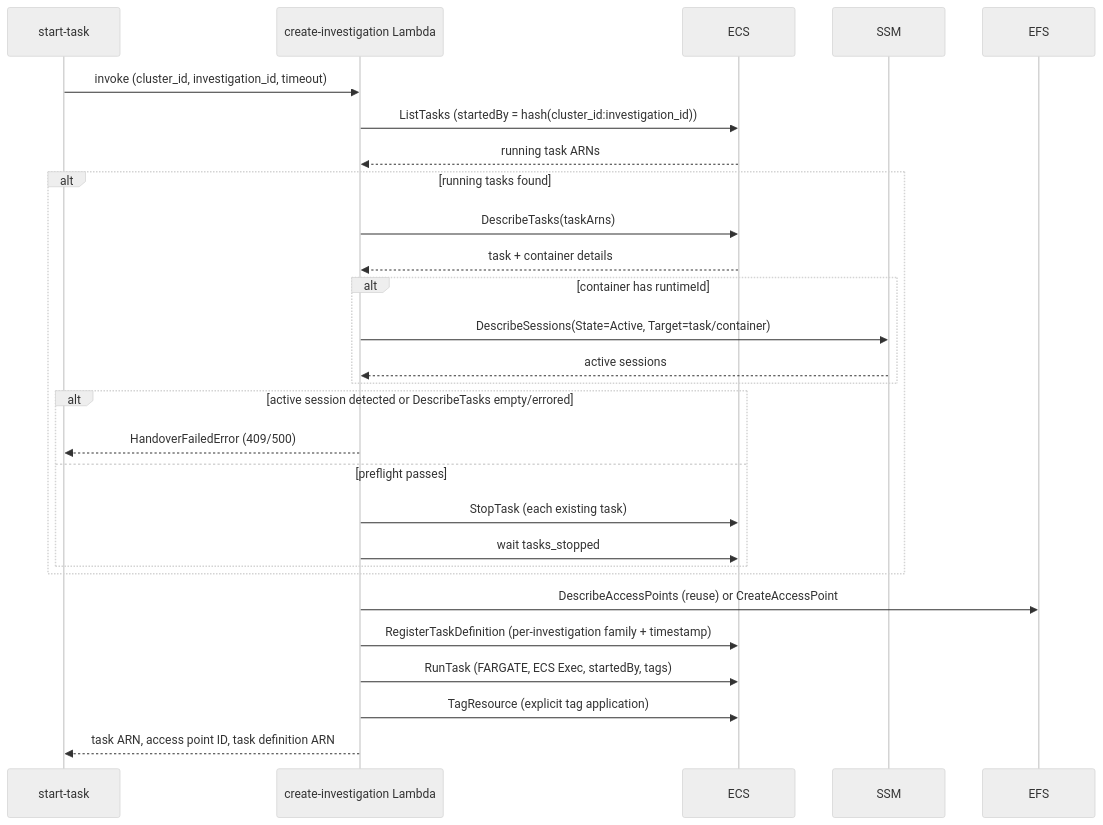
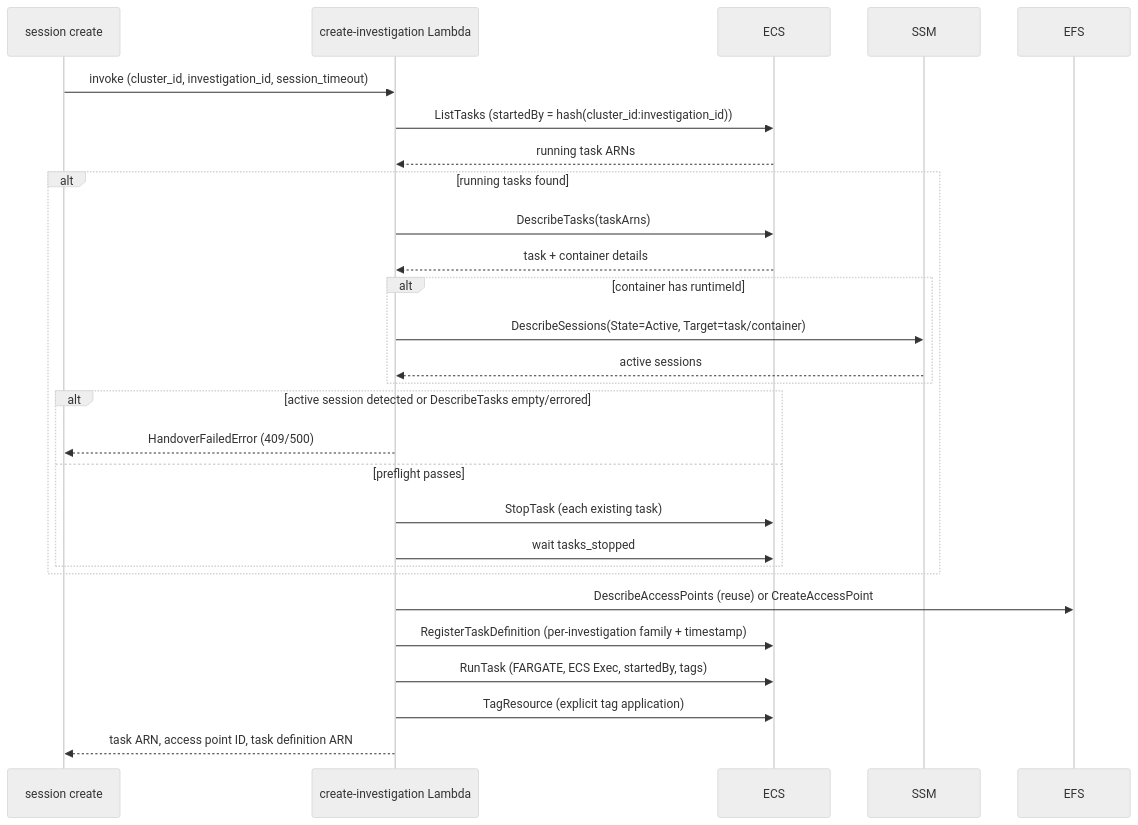
Before and after one commit to openshift-online/rosa-boundary: the diagram in openwiki/workflows/investigation-lifecycle.md, drawn with Mermaid (neutral theme). The commit also changed other lines of this file and 46 other files, not shown here.

````diff
--- a/openwiki/workflows/investigation-lifecycle.md
+++ b/openwiki/workflows/investigation-lifecycle.md
@@ -59,31 +61,31 @@
 ```mermaid
 sequenceDiagram
-    participant CLI as start-task
+    participant CLI as session create
     participant Lambda as create-investigation Lambda
     participant ECS
     participant SSM
     participant EFS
 
-    CLI->>Lambda: invoke (cluster_id, investigation_id, timeout)
+    CLI->>Lambda: invoke (cluster_id, investigation_id, session_timeout)
     Lambda->>ECS: ListTasks (startedBy = hash(cluster_id:investigation_id))
     ECS-->>Lambda: running task ARNs
     alt running tasks found
         Lambda->>ECS: DescribeTasks(taskArns)
         ECS-->>Lambda: task + container details
         alt container has runtimeId
             Lambda->>SSM: DescribeSessions(State=Active, Target=task/container)
             SSM-->>Lambda: active sessions
         end
         alt active session detected or DescribeTasks empty/errored
             Lambda-->>CLI: HandoverFailedError (409/500)
         else preflight passes
             Lambda->>ECS: StopTask (each existing task)
             Lambda->>ECS: wait tasks_stopped
         end
     end
     Lambda->>EFS: DescribeAccessPoints (reuse) or CreateAccessPoint
     Lambda->>ECS: RegisterTaskDefinition (per-investigation family + timestamp)
     Lambda->>ECS: RunTask (FARGATE, ECS Exec, startedBy, tags)
     Lambda->>ECS: TagResource (explicit tag application)
     Lambda-->>CLI: task ARN, access point ID, task definition ARN
 ```
````
